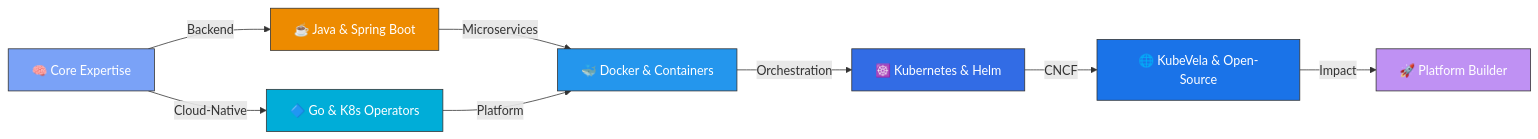
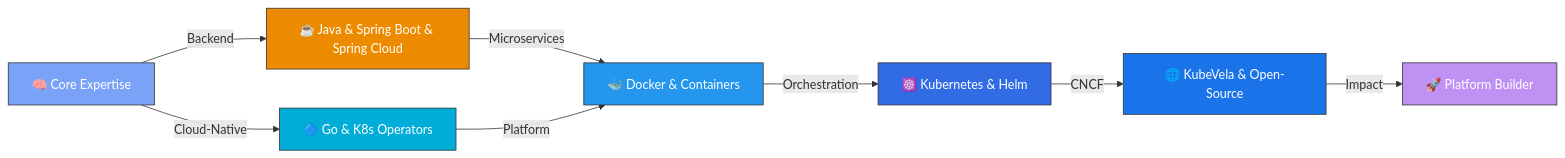
Before and after one commit to vishal210893/vishal210893: the diagram in README.md, drawn with Mermaid. The commit also changed other lines of this file, not shown here.

````diff
--- a/README.md
+++ b/README.md
@@ -157,18 +158,18 @@
 ```mermaid
 graph LR
-    A[🧠 Core Expertise] -->|Backend| B[☕ Java & Spring Boot]
+    A[🧠 Core Expertise] -->|Backend| B[☕ Java & Spring Boot & Spring Cloud]
     A -->|Cloud-Native| C[🔷 Go & K8s Operators]
     B -->|Microservices| D[🐳 Docker & Containers]
     C -->|Platform| D
     D -->|Orchestration| E[☸️ Kubernetes & Helm]
     E -->|CNCF| F[🌐 KubeVela & Open-Source]
     F -->|Impact| G[🚀 Platform Builder]
     
     style A fill:#7aa2f7,color:#fff,stroke:#333
     style B fill:#ED8B00,color:#fff,stroke:#333
     style C fill:#00ADD8,color:#fff,stroke:#333
     style D fill:#2496ED,color:#fff,stroke:#333
     style E fill:#326CE5,color:#fff,stroke:#333
     style F fill:#1a73e8,color:#fff,stroke:#333
     style G fill:#bf91f3,color:#fff,stroke:#333
 ```
````
